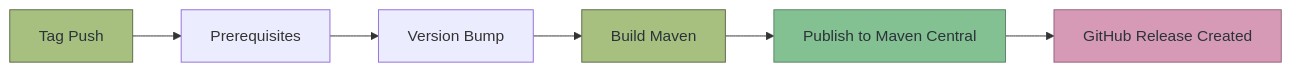
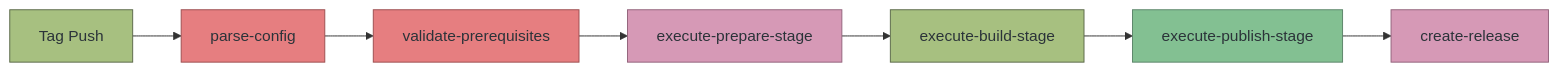
Before and after one commit to diggsweden/reusable-ci: the fifth of 7 diagrams in docs/workflows.md, drawn with Mermaid. The commit also changed other lines of this file and 237 other files, not shown here.

````diff
--- a/docs/workflows.md
+++ b/docs/workflows.md
@@ -110,13 +253,17 @@
 ```mermaid
 graph LR
-    A[Tag Push] --> B[Prerequisites]
-    B --> C[Version Bump]
-    C --> D[Build Maven]
-    D --> E[Publish to Maven Central]
-    E --> F[GitHub Release Created]
+    A[Tag Push] --> B[parse-config]
+    B --> C[validate-prerequisites]
+    C --> D[execute-prepare-stage]
+    D --> E[execute-build-stage]
+    E --> F[execute-publish-stage]
+    F --> G[create-release]
 
     style A fill:#a7c080,stroke:#5c6a4a,color:#2b3339
-    style D fill:#a7c080,stroke:#5c6a4a,color:#2b3339
-    style E fill:#83c092,stroke:#5c856a,color:#2b3339
-    style F fill:#d699b6,stroke:#93647c,color:#2b3339
+    style B fill:#e67e80,stroke:#9d4f50,color:#2b3339
+    style C fill:#e67e80,stroke:#9d4f50,color:#2b3339
+    style D fill:#d699b6,stroke:#93647c,color:#2b3339
+    style E fill:#a7c080,stroke:#5c6a4a,color:#2b3339
+    style F fill:#83c092,stroke:#5c856a,color:#2b3339
+    style G fill:#d699b6,stroke:#93647c,color:#2b3339
 ```
````
